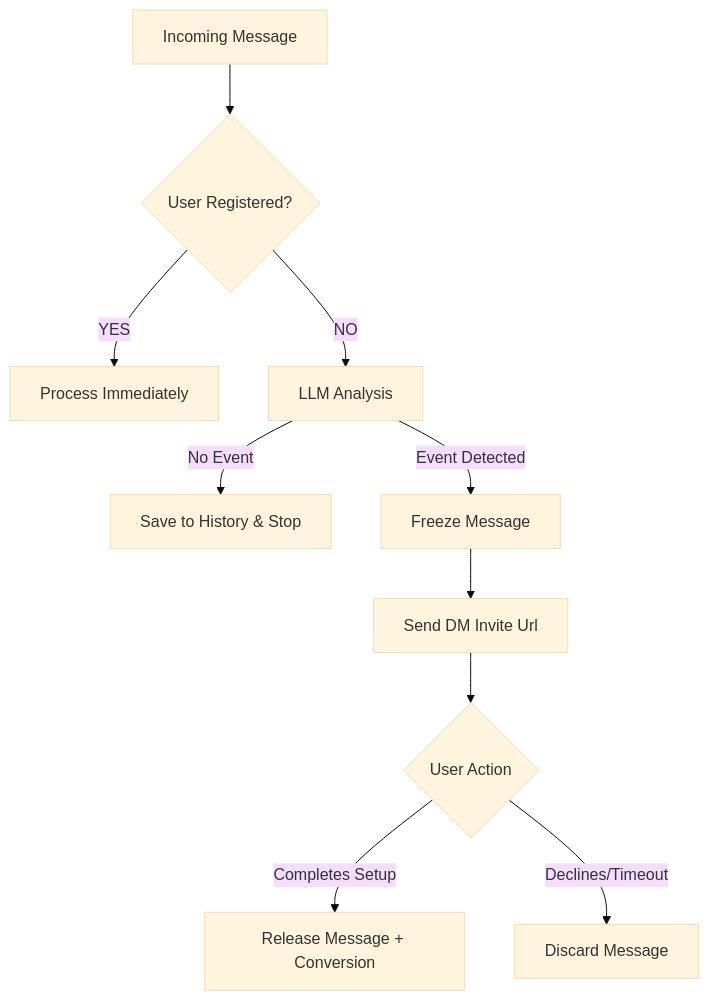
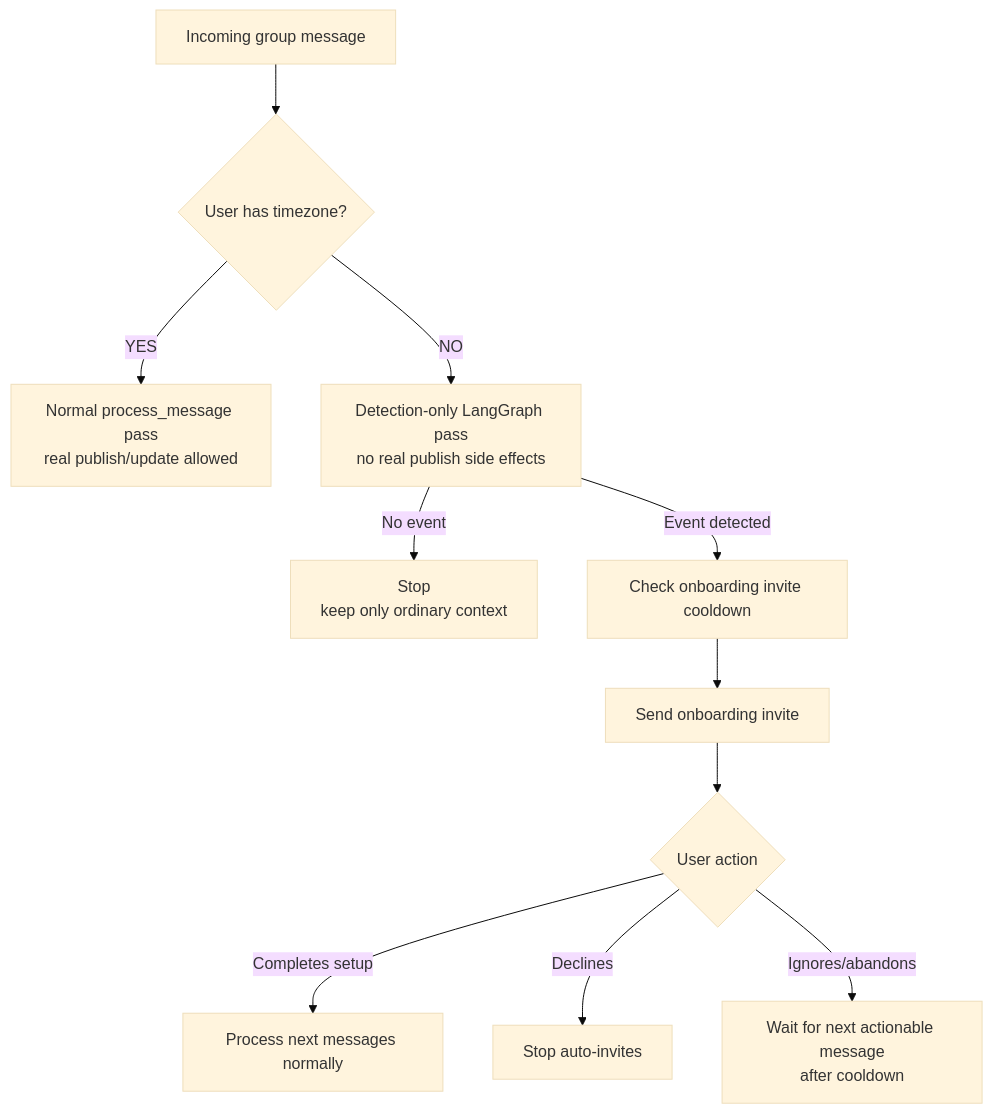
One commit to antlbn/Timezone_bot changed the diagram in journal/16_ux_onboarding_spec.md. Above: the diagram before and after it, drawn with Mermaid (base theme). The commit also changed other lines of this file and 22 other files, not shown here.

First line of the commit message:
feat(tests): enhance event detection and onboarding tests

````diff
--- a/journal/16_ux_onboarding_spec.md
+++ b/journal/16_ux_onboarding_spec.md
@@ -63,15 +82,16 @@
 ```mermaid
-graph TD
-    A[Incoming Message] --> B{User Registered?}
-    B -- YES --> C[Process Immediately]
-    B -- NO --> D[LLM Analysis]
-    
-    D -- No Event --> E[Save to History & Stop]
-    D -- Event Detected --> F[Freeze Message]
-    
-    F --> G[Send DM Invite Url]
-    G --> H{User Action}
-    
-    H -- Completes Setup --> I[Release Message + Conversion]
-    H -- Declines/Timeout --> J[Discard Message]
+flowchart TD
+    A[Incoming group message] --> B{User has timezone?}
+    B -- YES --> C[Normal process_message pass<br/>real publish/update allowed]
+    B -- NO --> D[Detection-only LangGraph pass<br/>no real publish side effects]
+
+    D -- No event --> E[Stop<br/>keep only ordinary context]
+    D -- Event detected --> F[Check onboarding invite cooldown]
+
+    F --> G[Send onboarding invite]
+    G --> H{User action}
+
+    H -- Completes setup --> I[Process next messages normally]
+    H -- Declines --> J[Stop auto-invites]
+    H -- Ignores/abandons --> K[Wait for next actionable message<br/>after cooldown]
 ```
````
